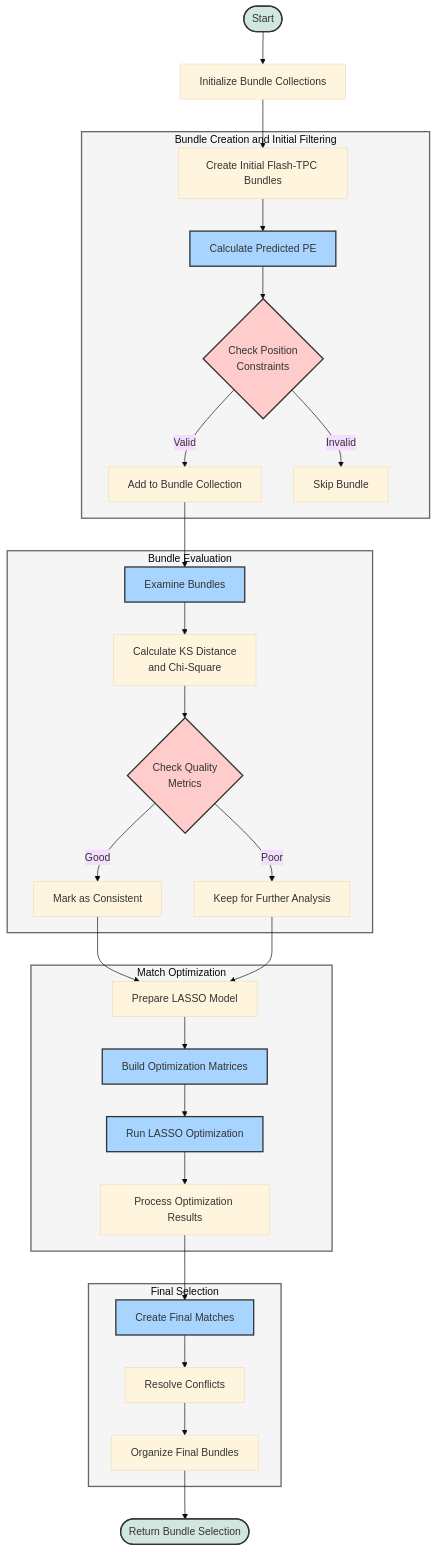
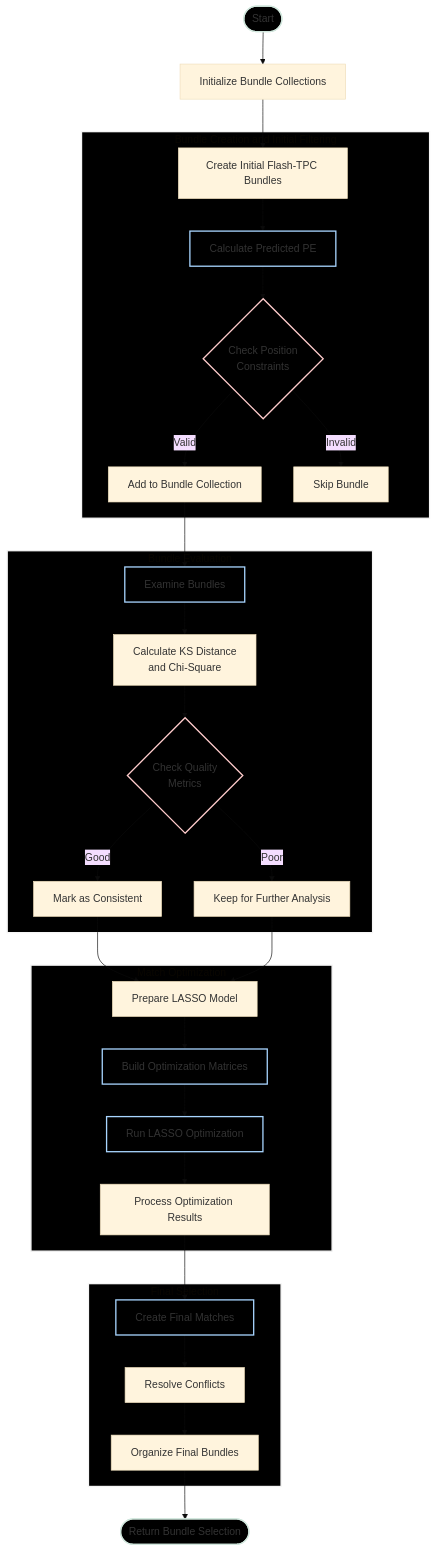
The diagram in docs/ToyMatching_logic.md (BNLIF/wire-cell-2dtoy), drawn with Mermaid (base theme) before and after one commit. The commit also changed 2 other files, not shown here.

Commit message:
add diagrams for predicting PE

```diff
--- a/docs/ToyMatching_logic.md
+++ b/docs/ToyMatching_logic.md
@@ -1,46 +1,46 @@
 ::: mermaid
 flowchart TB
     Start([Start]) --> Init[Initialize Bundle Collections]
     Init --> CreateBundles[Create Initial Flash-TPC Bundles]
     
     subgraph BundleCreation[Bundle Creation and Initial Filtering]
         CreateBundles --> CalcPE[Calculate Predicted PE]
         CalcPE --> CheckPos{Check Position\nConstraints}
         CheckPos -->|Valid| AddBundle[Add to Bundle Collection]
         CheckPos -->|Invalid| SkipBundle[Skip Bundle]
     end
 
     subgraph BundleEval[Bundle Evaluation]
         AddBundle --> ExamineBundles[Examine Bundles]
         ExamineBundles --> CalcMetrics[Calculate KS Distance\nand Chi-Square]
         CalcMetrics --> CheckMetrics{Check Quality\nMetrics}
         CheckMetrics -->|Good| MarkConsistent[Mark as Consistent]
         CheckMetrics -->|Poor| KeepForLater[Keep for Further Analysis]
     end
 
     subgraph Optimization[Match Optimization]
         MarkConsistent --> PrepLasso[Prepare LASSO Model]
         KeepForLater --> PrepLasso
         PrepLasso --> BuildMatrix[Build Optimization Matrices]
         BuildMatrix --> RunLasso[Run LASSO Optimization]
         RunLasso --> ProcessResults[Process Optimization Results]
     end
 
     subgraph FinalSelection[Final Selection]
         ProcessResults --> CreateMatches[Create Final Matches] 
         CreateMatches --> ResolveConflicts[Resolve Conflicts]
         ResolveConflicts --> OrganizeBundles[Organize Final Bundles]
     end
 
     OrganizeBundles --> Return([Return Bundle Selection])
 
-    classDef process fill:#a8d5ff,stroke:#333,stroke-width:2px;
-    classDef decision fill:#ffcccc,stroke:#333,stroke-width:2px;
-    classDef terminator fill:#d1e7dd,stroke:#333,stroke-width:2px;
-    classDef groupbox fill:#f5f5f5,stroke:#666,stroke-width:2px;
+    classDef process fill:#000000,stroke:#a8d5ff,stroke-width:2px;
+    classDef decision fill:#000000,stroke:#ffcccc,stroke-width:2px;
+    classDef terminator fill:#000000,stroke:#d1e7dd,stroke-width:2px;
+    classDef groupbox fill:#000000,stroke:#f5f5f5,stroke-width:2px;
 
     class Start,Return terminator;
     class CheckPos,CheckMetrics decision;
     class CalcPE,ExamineBundles,BuildMatrix,RunLasso,CreateMatches process;
     class BundleCreation,BundleEval,Optimization,FinalSelection groupbox;
 :::
```
